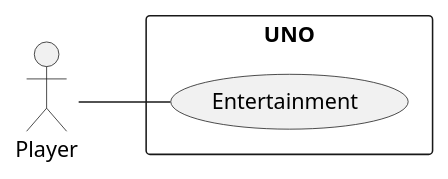
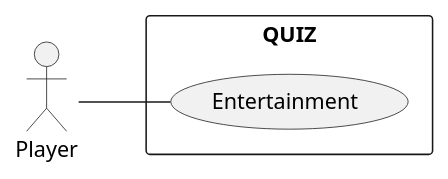
One commit to 2122-3bhitm-itp/02-project-uno changed the diagram in asciidocs/plantuml/useCaseDiagramm.puml. Above: the diagram before and after it, drawn with PlantUML. The commit also changed 2 other files, not shown here.

Commit message:
updated to quiz

```diff
--- a/asciidocs/plantuml/useCaseDiagramm.puml
+++ b/asciidocs/plantuml/useCaseDiagramm.puml
@@ -1,14 +1,14 @@
 @startuml
 skinparam backgroundcolor transparent
 skinparam shadowing false
 
 left to right direction
 
 actor "Player" as pl
 
-rectangle UNO {
+rectangle QUIZ {
     usecase "Entertainment" as UCEnt
 }
 
 pl -- UCEnt
 @enduml
```
